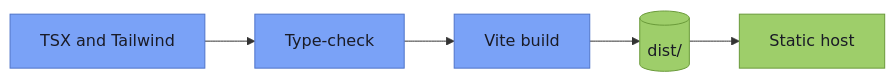
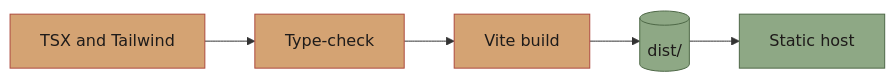
One commit to blood-prog/IbrahimBenabida changed the second of 3 diagrams in README.md. Above: the diagram before and after it, drawn with Mermaid. The commit also changed other lines of this file and 4 other files, not shown here.

````diff
--- a/README.md
+++ b/README.md
@@ -191,9 +191,9 @@
 ```mermaid
 flowchart LR
     src["TSX and Tailwind"] --> tsc["Type-check"] --> bundle["Vite build"] --> dist[("dist/")] --> host["Static host"]
 
-    classDef step fill:#7aa2f7,stroke:#4f74c9,color:#1a1b26
-    classDef out fill:#9ece6a,stroke:#6a9a3a,color:#1a1b26
+    classDef step fill:#D4A373,stroke:#AD4A3E,color:#1E1B1A
+    classDef out fill:#8EA885,stroke:#4E6847,color:#1E1B1A
     class src,tsc,bundle step
     class dist,host out
 ```
````
